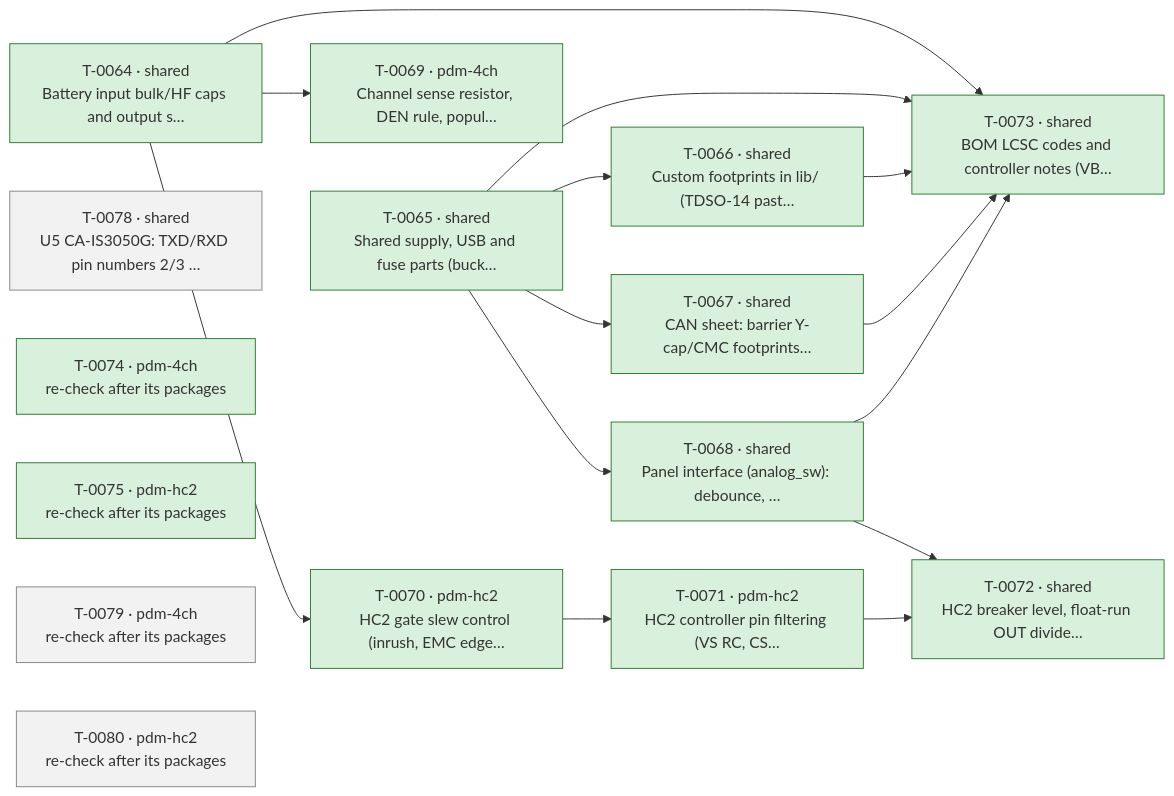
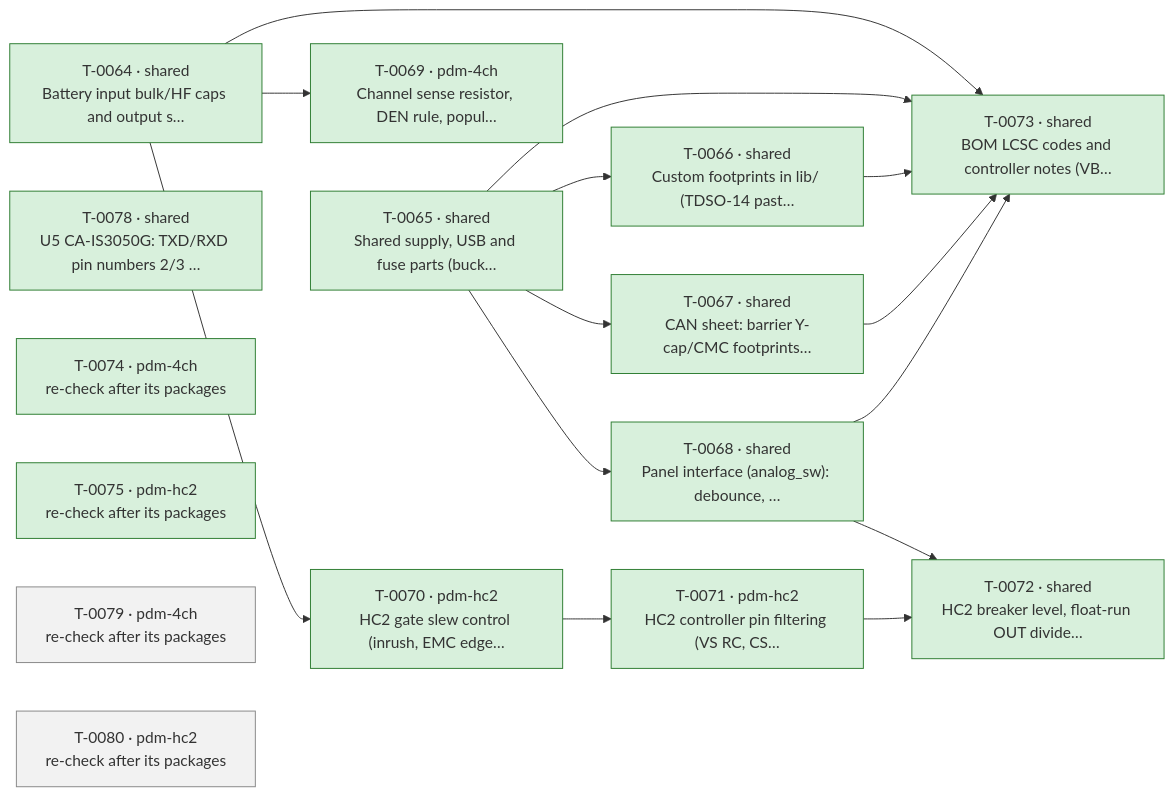
One commit to plektra/ESP32-PDM changed the diagram in docs/ROADMAP.md. Above: the diagram before and after it, drawn with Mermaid. The commit also changed other lines of this file and 3 other files, not shown here.

````diff
--- a/docs/ROADMAP.md
+++ b/docs/ROADMAP.md
@@ -18,35 +18,35 @@
 ```mermaid
 flowchart LR
   T0064["T-0064 · shared<br/>Battery input bulk/HF caps and output s…"]:::done
   T0065["T-0065 · shared<br/>Shared supply, USB and fuse parts (buck…"]:::done
   T0066["T-0066 · shared<br/>Custom footprints in lib/ (TDSO-14 past…"]:::done
   T0067["T-0067 · shared<br/>CAN sheet: barrier Y-cap/CMC footprints…"]:::done
   T0068["T-0068 · shared<br/>Panel interface (analog_sw): debounce, …"]:::done
   T0069["T-0069 · pdm-4ch<br/>Channel sense resistor, DEN rule, popul…"]:::done
   T0070["T-0070 · pdm-hc2<br/>HC2 gate slew control (inrush, EMC edge…"]:::done
   T0071["T-0071 · pdm-hc2<br/>HC2 controller pin filtering (VS RC, CS…"]:::done
   T0072["T-0072 · shared<br/>HC2 breaker level, float-run OUT divide…"]:::done
   T0073["T-0073 · shared<br/>BOM LCSC codes and controller notes (VB…"]:::done
-  T0078["T-0078 · shared<br/>U5 CA-IS3050G: TXD/RXD pin numbers 2/3 …"]:::ready
+  T0078["T-0078 · shared<br/>U5 CA-IS3050G: TXD/RXD pin numbers 2/3 …"]:::done
   T0074["T-0074 · pdm-4ch<br/>re-check after its packages"]:::done
   T0075["T-0075 · pdm-hc2<br/>re-check after its packages"]:::done
   T0079["T-0079 · pdm-4ch<br/>re-check after its packages"]:::ready
   T0080["T-0080 · pdm-hc2<br/>re-check after its packages"]:::ready
   T0065 --> T0066
   T0065 --> T0067
   T0065 --> T0068
   T0064 --> T0069
   T0064 --> T0070
   T0070 --> T0071
   T0068 --> T0072
   T0071 --> T0072
   T0064 --> T0073
   T0065 --> T0073
   T0066 --> T0073
   T0067 --> T0073
   T0068 --> T0073
   classDef done fill:#d8f0dc,stroke:#2e7d32
   classDef running fill:#d6e6ff,stroke:#1f5fbf
   classDef ready fill:#f2f2f2,stroke:#888
   classDef failed fill:#f9d9d9,stroke:#b3261e
 ```
````
